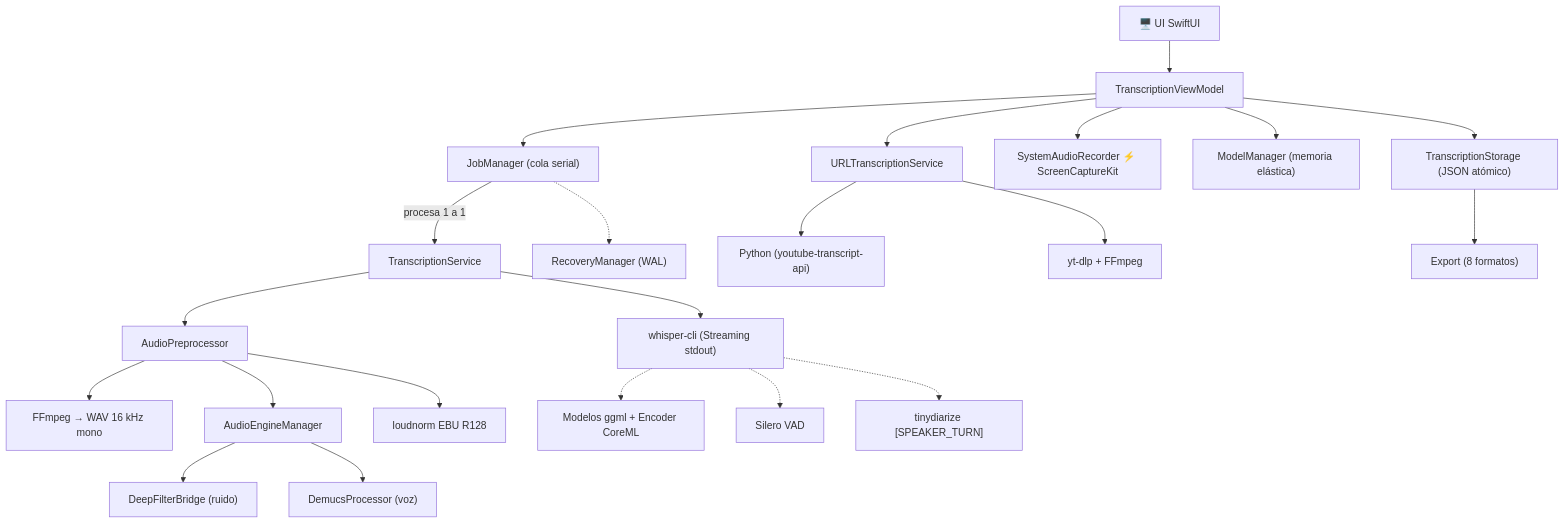
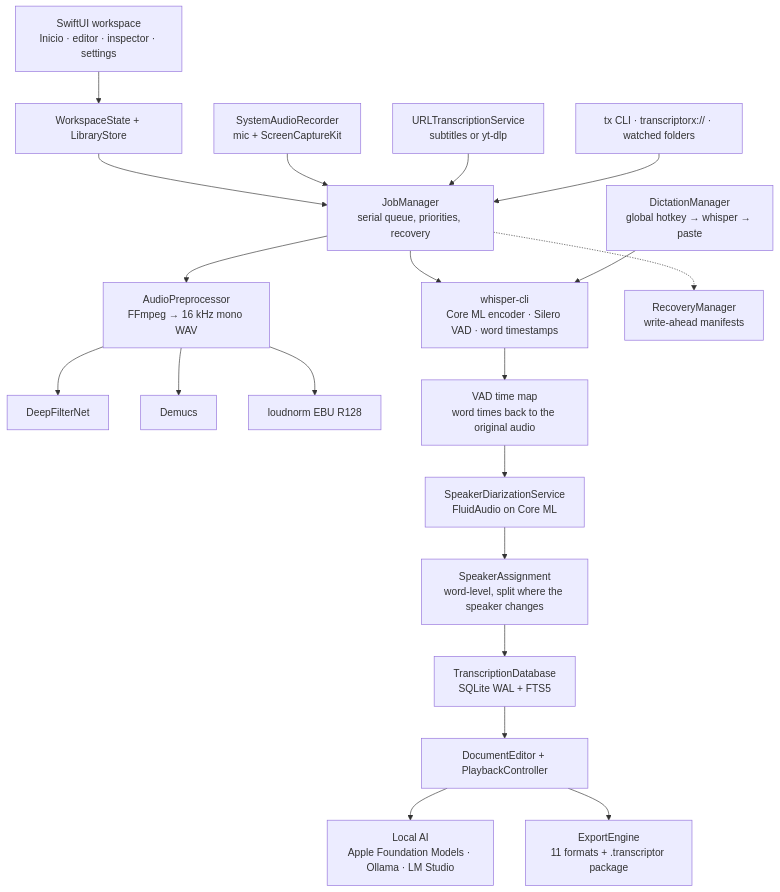
Before and after one commit to alexbernaldo/TranscriptorX: the diagram in README.md, drawn with Mermaid. The commit also changed other lines of this file and 126 other files, not shown here.

````diff
--- a/README.md
+++ b/README.md
@@ -123,24 +149,22 @@
 ```mermaid
 flowchart TD
-    UI["🖥️ UI SwiftUI"] --> VM["TranscriptionViewModel"]
-    VM --> JM["JobManager (cola serial)"]
-    JM -->|"procesa 1 a 1"| TS["TranscriptionService"]
-    TS --> Pre["AudioPreprocessor"]
-    Pre --> FFM["FFmpeg → WAV 16 kHz mono"]
-    Pre --> AE["AudioEngineManager"]
-    AE --> DF["DeepFilterBridge (ruido)"]
-    AE --> DM["DemucsProcessor (voz)"]
-    Pre --> LDN["loudnorm EBU R128"]
-    TS --> WC["whisper-cli (Streaming stdout)"]
-    WC -.-> CML["Modelos ggml + Encoder CoreML"]
-    WC -.-> VAD["Silero VAD"]
-    WC -.-> TDZ["tinydiarize [SPEAKER_TURN]"]
-    VM --> URL["URLTranscriptionService"]
-    URL --> YT["Python (youtube-transcript-api)"]
-    URL --> YDL["yt-dlp + FFmpeg"]
-    VM --> SR["SystemAudioRecorder ⚡ ScreenCaptureKit"]
-    VM --> MO["ModelManager (memoria elástica)"]
-    JM -.-> RC["RecoveryManager (WAL)"]
-    VM --> ST["TranscriptionStorage (JSON atómico)"]
-    ST --> EXP["Export (8 formatos)"]
+    UI["SwiftUI workspace<br/>Inicio · editor · inspector · settings"] --> WS["WorkspaceState + LibraryStore"]
+    WS --> JM["JobManager<br/>serial queue, priorities, recovery"]
+    JM --> PRE["AudioPreprocessor<br/>FFmpeg → 16 kHz mono WAV"]
+    PRE --> DF["DeepFilterNet"]
+    PRE --> DM["Demucs"]
+    PRE --> LN["loudnorm EBU R128"]
+    JM --> WH["whisper-cli<br/>Core ML encoder · Silero VAD · word timestamps"]
+    WH --> MAP["VAD time map<br/>word times back to the original audio"]
+    MAP --> SP["SpeakerDiarizationService<br/>FluidAudio on Core ML"]
+    SP --> AS["SpeakerAssignment<br/>word-level, split where the speaker changes"]
+    AS --> DB["TranscriptionDatabase<br/>SQLite WAL + FTS5"]
+    DB --> ED["DocumentEditor + PlaybackController"]
+    ED --> AI["Local AI<br/>Apple Foundation Models · Ollama · LM Studio"]
+    ED --> EX["ExportEngine<br/>11 formats + .transcriptor package"]
+    REC["SystemAudioRecorder<br/>mic + ScreenCaptureKit"] --> JM
+    URL["URLTranscriptionService<br/>subtitles or yt-dlp"] --> JM
+    DIC["DictationManager<br/>global hotkey → whisper → paste"] --> WH
+    CLI["tx CLI · transcriptorx:// · watched folders"] --> JM
+    JM -.-> RM["RecoveryManager<br/>write-ahead manifests"]
 ```
````
